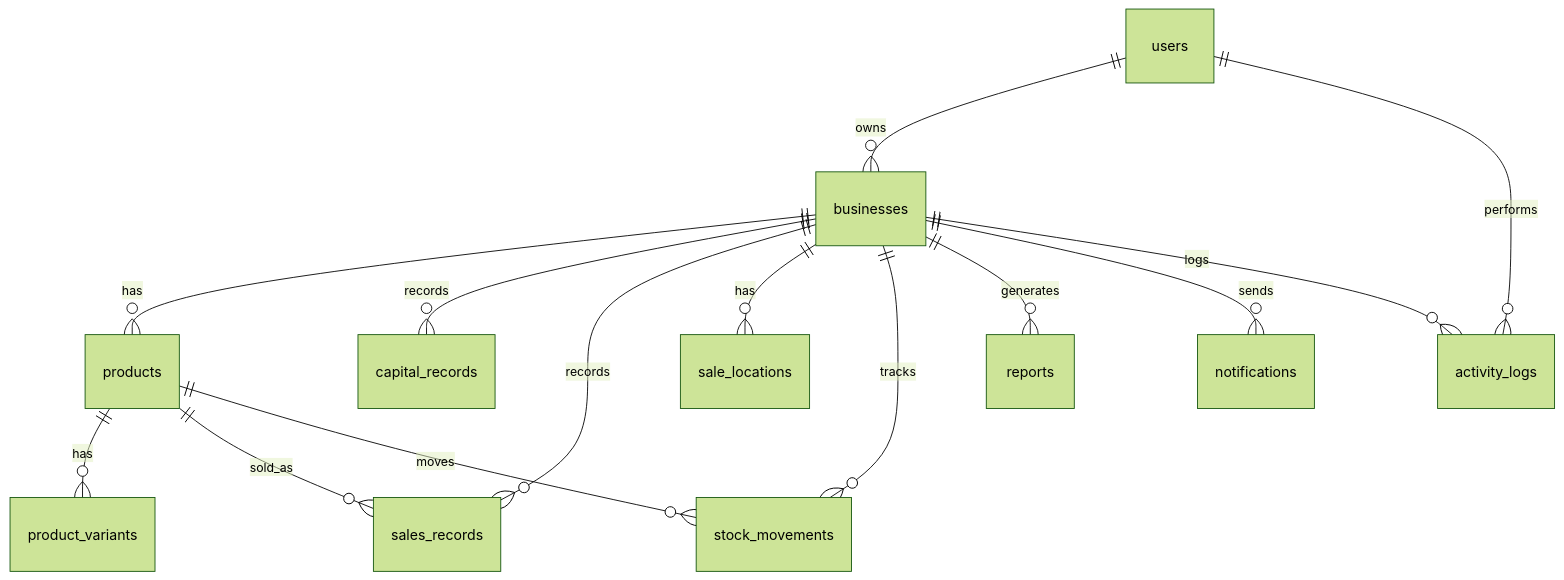
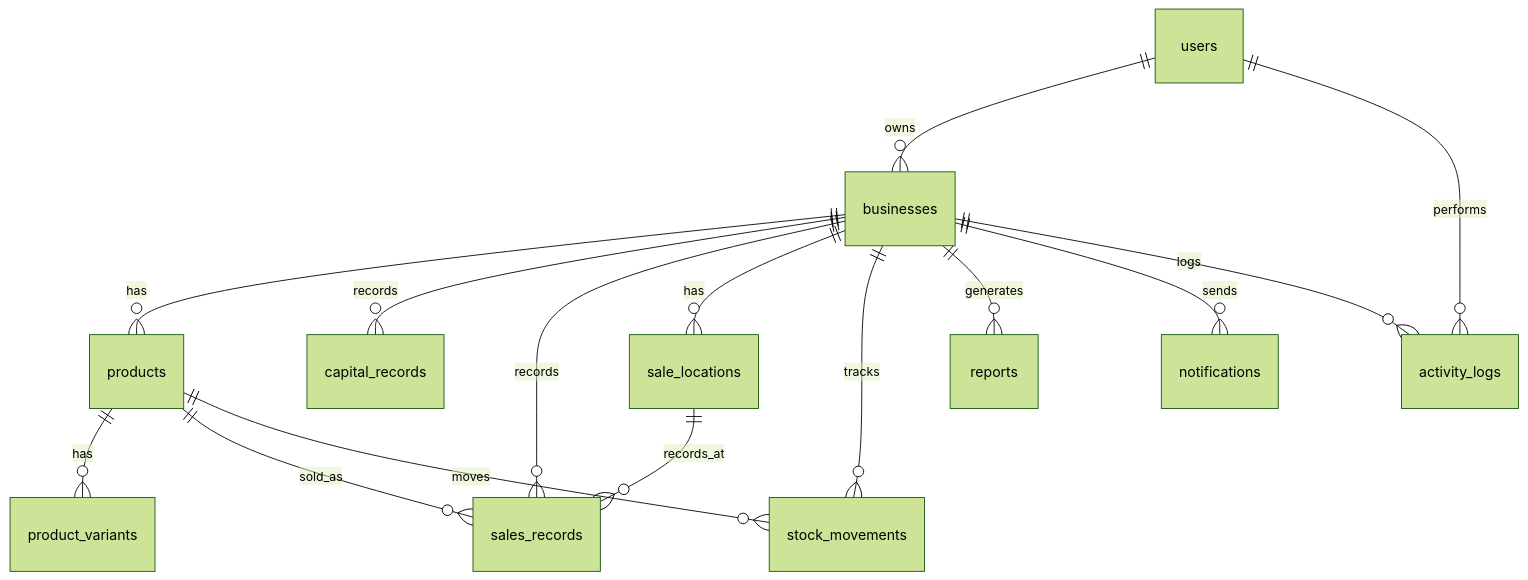
The diagram in ERD.md (FCodeX1/management-bisnis), drawn with Mermaid (forest theme) before and after one commit. The commit also changed other lines of this file and 28 other files, not shown here.

````diff
--- a/ERD.md
+++ b/ERD.md
@@ -3,16 +3,17 @@
 ```mermaid
 erDiagram
   users ||--o{ businesses : owns
   businesses ||--o{ products : has
   businesses ||--o{ capital_records : records
   businesses ||--o{ sales_records : records
   businesses ||--o{ sale_locations : has
   businesses ||--o{ stock_movements : tracks
   businesses ||--o{ reports : generates
   businesses ||--o{ notifications : sends
   businesses ||--o{ activity_logs : logs
   products ||--o{ product_variants : has
   products ||--o{ sales_records : sold_as
+  sale_locations ||--o{ sales_records : records_at
   products ||--o{ stock_movements : moves
   users ||--o{ activity_logs : performs
 ```
````
